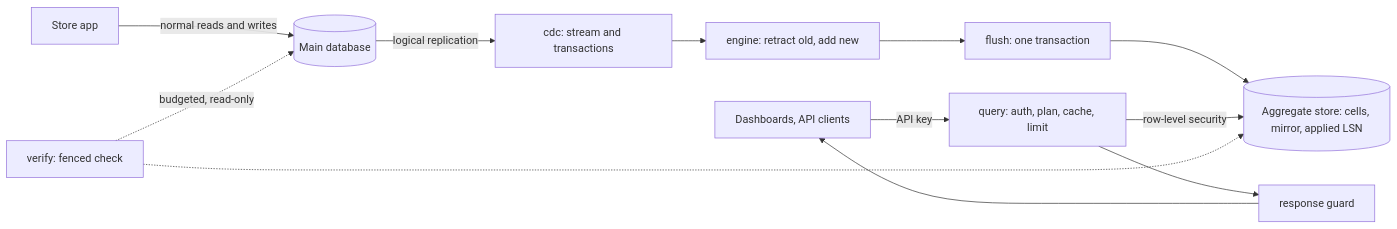
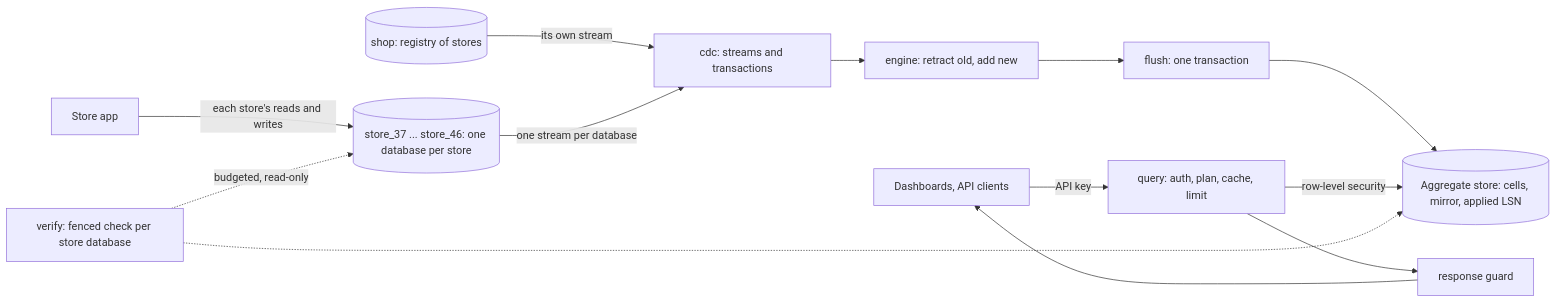
The diagram in docs/ARCHITECTURE.md (WarHawkADI/cuboid), drawn with Mermaid before and after one commit. The commit also changed other lines of this file and 48 other files, not shown here.

````diff
--- a/docs/ARCHITECTURE.md
+++ b/docs/ARCHITECTURE.md
@@ -5,14 +5,15 @@
 ```mermaid
 flowchart LR
-  App[Store app] -->|normal reads and writes| Main[(Main database)]
-  Main -->|logical replication| CDC[cdc: stream and transactions]
+  App[Store app] -->|each store's reads and writes| Stores[(store_37 ... store_46: one database per store)]
+  Reg[(shop: registry of stores)] -->|its own stream| CDC
+  Stores -->|one stream per database| CDC[cdc: streams and transactions]
   CDC --> Engine[engine: retract old, add new]
   Engine --> Flush[flush: one transaction]
   Flush --> Agg[(Aggregate store: cells, mirror, applied LSN)]
   Dash[Dashboards, API clients] -->|API key| API[query: auth, plan, cache, limit]
   API -->|row-level security| Agg
   API --> Guard[response guard]
   Guard --> Dash
-  Verify[verify: fenced check] -.->|budgeted, read-only| Main
+  Verify[verify: fenced check per store database] -.->|budgeted, read-only| Stores
   Verify -.-> Agg
 ```
````
